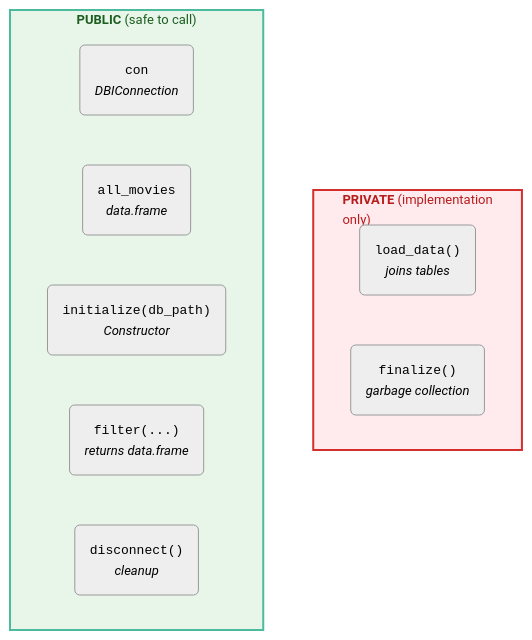
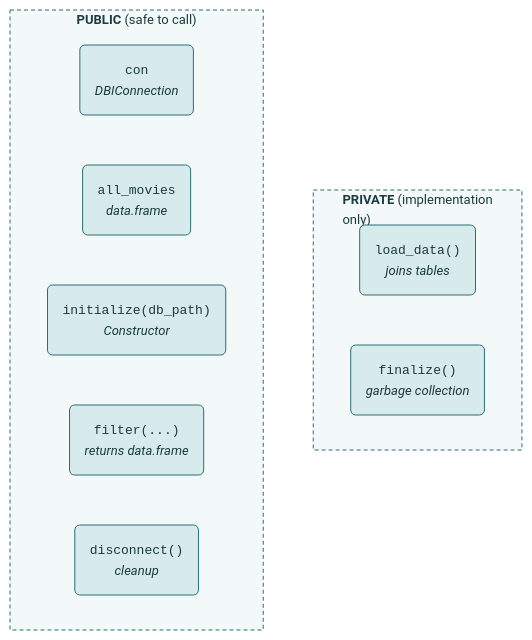
The second of 4 diagrams in r6.qmd (mjfrigaard/shiny-app-pkgs), drawn with Mermaid before and after one commit. The commit also changed other lines of this file and 22 other files, not shown here.

First line of the commit message:
Standardize mermaid diagrams on the site teal palette

````diff
--- a/r6.qmd
+++ b/r6.qmd
@@ -224,26 +223,30 @@
 ```{mermaid}
 %%| fig-cap: 'MovieData R6 class: public interface vs. private internals'
 %%| fig-align: center
 %%| eval: true
 %%| echo: false
-%%{init: {'theme': 'neutral', 'themeVariables': { 'fontFamily': 'monospace', "fontSize":"13px"}}}%%
+%%{init: {'theme': 'base', 'themeVariables': { 'fontFamily': 'monospace', "fontSize":"13px", "primaryColor":"#D7EBEC", "primaryTextColor":"#1B3B3F", "primaryBorderColor":"#2A6F77", "lineColor":"#5A7F83", "edgeLabelBackground":"#FFFFFF", "clusterBkg":"#F3F8F8", "clusterBorder":"#2A6F77", "darkMode":false}}}%%
 
 flowchart TB
 
   subgraph Private["<strong>PRIVATE</strong> (implementation<br>only)<br>"]
     LoadData("<code>load_data()</code><br><em>joins tables</em>")
     Finalize("<code>finalize()</code><br><em>garbage collection</em>")
   end
   
   subgraph Public["<strong>PUBLIC</strong> (safe to call)"]
     Con("<code>con</code><br><em>DBIConnection</em>")
     AllMovies("<code>all_movies</code><br><em>data.frame</em>")
     Init("<code>initialize(db_path)</code><br><em>Constructor</em>")
     Filter("<code>filter(...)</code><br><em>returns data.frame</em>")
     Disconnect("<code>disconnect()</code><br><em>cleanup</em>")
   end
-  
-  style Private fill:#FFEBEE,color:#B71C1C,stroke:#D32F2F,stroke-width:2px
-  style Public fill:#E8F5E9,color:#1B5E20,stroke:#4CBB9D,stroke-width:2px
 
+    classDef term fill:#2A6F77,color:#FFFFFF,stroke:#1B4F55,stroke-width:1px
+    classDef step fill:#D7EBEC,color:#1B3B3F,stroke:#2A6F77,stroke-width:1px
+    classDef decision fill:#F4C26B,color:#3D2A00,stroke:#B7832B,stroke-width:1px
+    classDef io fill:#FFFFFF,color:#1B3B3F,stroke:#2A6F77,stroke-width:1px
+    class LoadData,Finalize,Con,AllMovies,Init,Filter,Disconnect step
+    style Private fill:#F3F8F8,color:#1B3B3F,stroke:#2A6F77,stroke-width:1px,stroke-dasharray:4 3
+    style Public fill:#F3F8F8,color:#1B3B3F,stroke:#2A6F77,stroke-width:1px,stroke-dasharray:4 3
 ```
````
